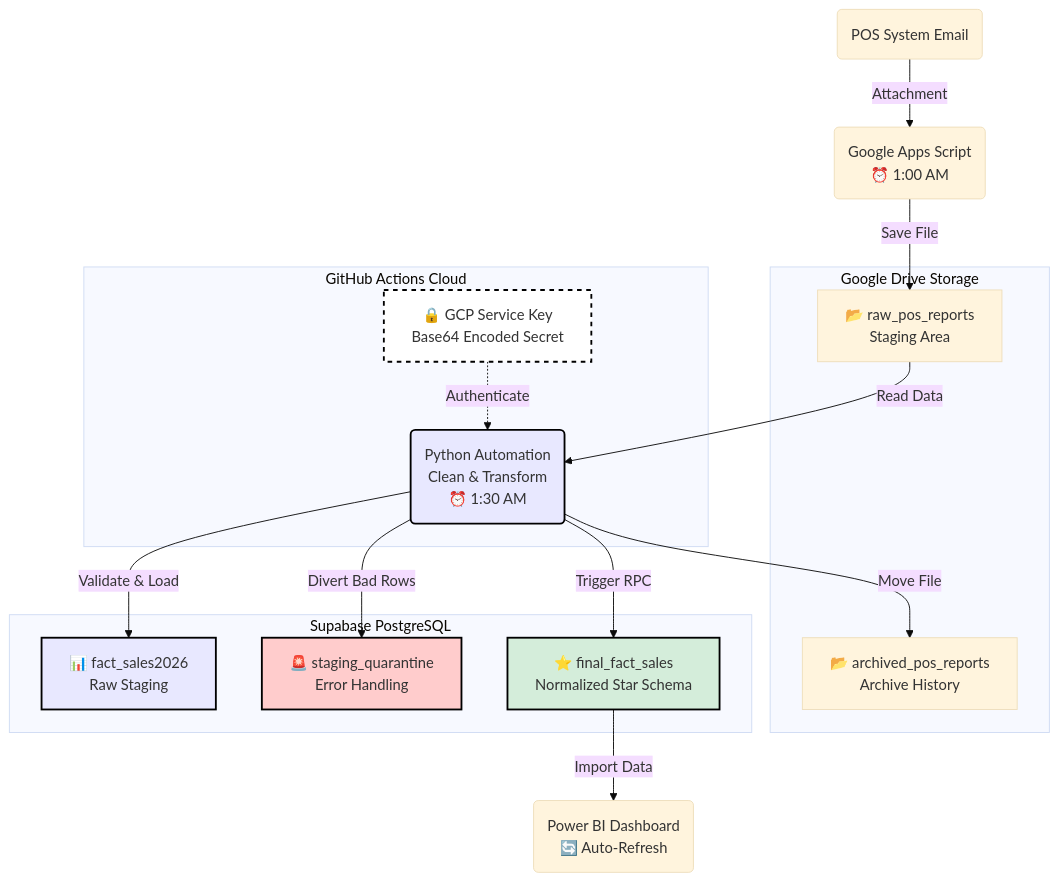
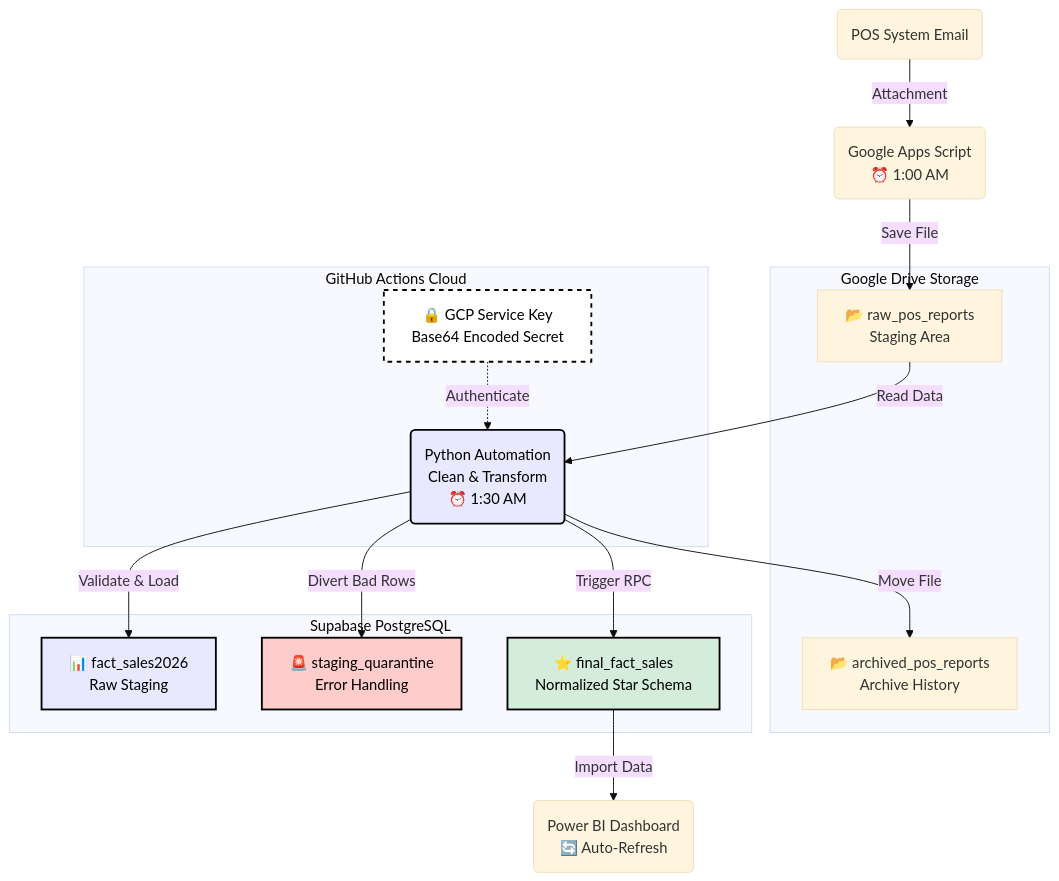
One commit to robimengote/Amante-s-Supabase-Full-Cloud-ETL-Pipeline changed the diagram in README.md. Above: the diagram before and after it, drawn with Mermaid (base theme).

````diff
--- a/README.md
+++ b/README.md
@@ -40,45 +40,45 @@
 ```mermaid
 graph TD
     %% Nodes
     POS(POS System Email)
     GAS(Google Apps Script <br/> ⏰ 1:00 AM)
     
     subgraph Google_Drive [Google Drive Storage]
         RAW[📂 raw_pos_reports <br/> Staging Area]
         ARCHIVE_POS_REPORTS[📂 archived_pos_reports <br/> Archive History]
     end
     
     subgraph GitHub_Cloud [GitHub Actions Cloud]
         PY(Python Automation <br/> Clean & Transform <br/> ⏰ 1:30 AM)
         SECRET[🔒 GCP Service Key <br/> Base64 Encoded Secret]
     end
 
     subgraph Supabase_Database [Supabase PostgreSQL]
         STAGING_TABLE[📊 fact_sales2026<br/> Raw Staging]
         QUARANTINE_TABLE[🚨 staging_quarantine<br/> Error Handling]
         FINAL_FACT[⭐ final_fact_sales<br/> Normalized Star Schema]
     end
     
     PBI(Power BI Dashboard <br/> 🔄 Auto-Refresh)
     
     %% Connections
     POS -->|Attachment| GAS
     GAS -->|Save File| RAW
     
     RAW -->|Read Data| PY
     SECRET -.->|Authenticate| PY
     
     PY -->|Validate & Load| STAGING_TABLE
     PY -->|Divert Bad Rows| QUARANTINE_TABLE
     PY -->|Trigger RPC| FINAL_FACT
     PY -->|Move File| ARCHIVE_POS_REPORTS
     
     FINAL_FACT -->|Import Data| PBI
     
     %% Styling
-    style PY fill:#E8E8FF,stroke:#000000,stroke-width:2px
-    style STAGING_TABLE fill:#E8E8FF,stroke:#000000,stroke-width:2px
-    style QUARANTINE_TABLE fill:#FFCCCC,stroke:#000000,stroke-width:2px
-    style FINAL_FACT fill:#D4EDDA,stroke:#000000,stroke-width:2px
-    style SECRET fill:#fff,stroke:#000000,stroke-width:2px,stroke-dasharray: 5 5
+    style PY fill:#E8E8FF,stroke:#000000,stroke-width:2px,color:#000000
+    style STAGING_TABLE fill:#E8E8FF,stroke:#000000,stroke-width:2px,color:#000000
+    style QUARANTINE_TABLE fill:#FFCCCC,stroke:#000000,stroke-width:2px,color:#000000
+    style FINAL_FACT fill:#D4EDDA,stroke:#000000,stroke-width:2px,color:#000000
+    style SECRET fill:#fff,stroke:#000000,stroke-width:2px,color:#000000,stroke-dasharray: 5 5
 ```
````
